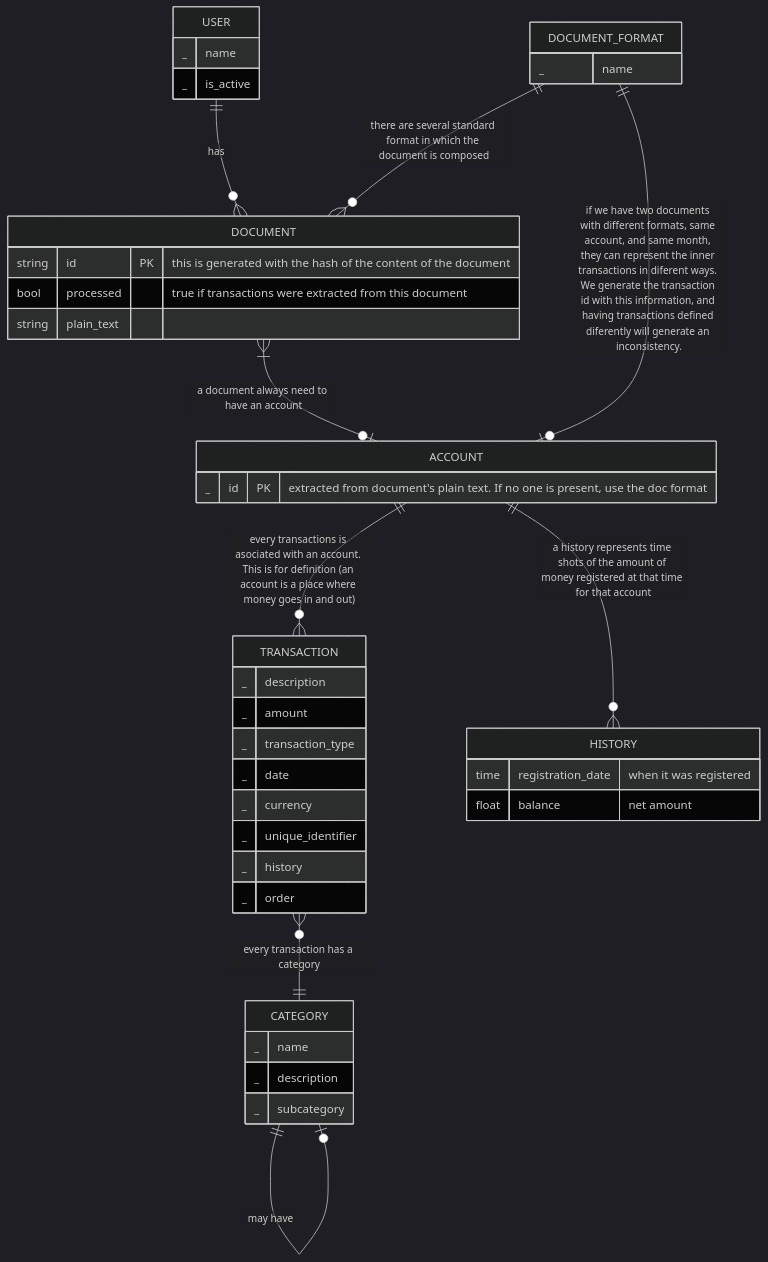
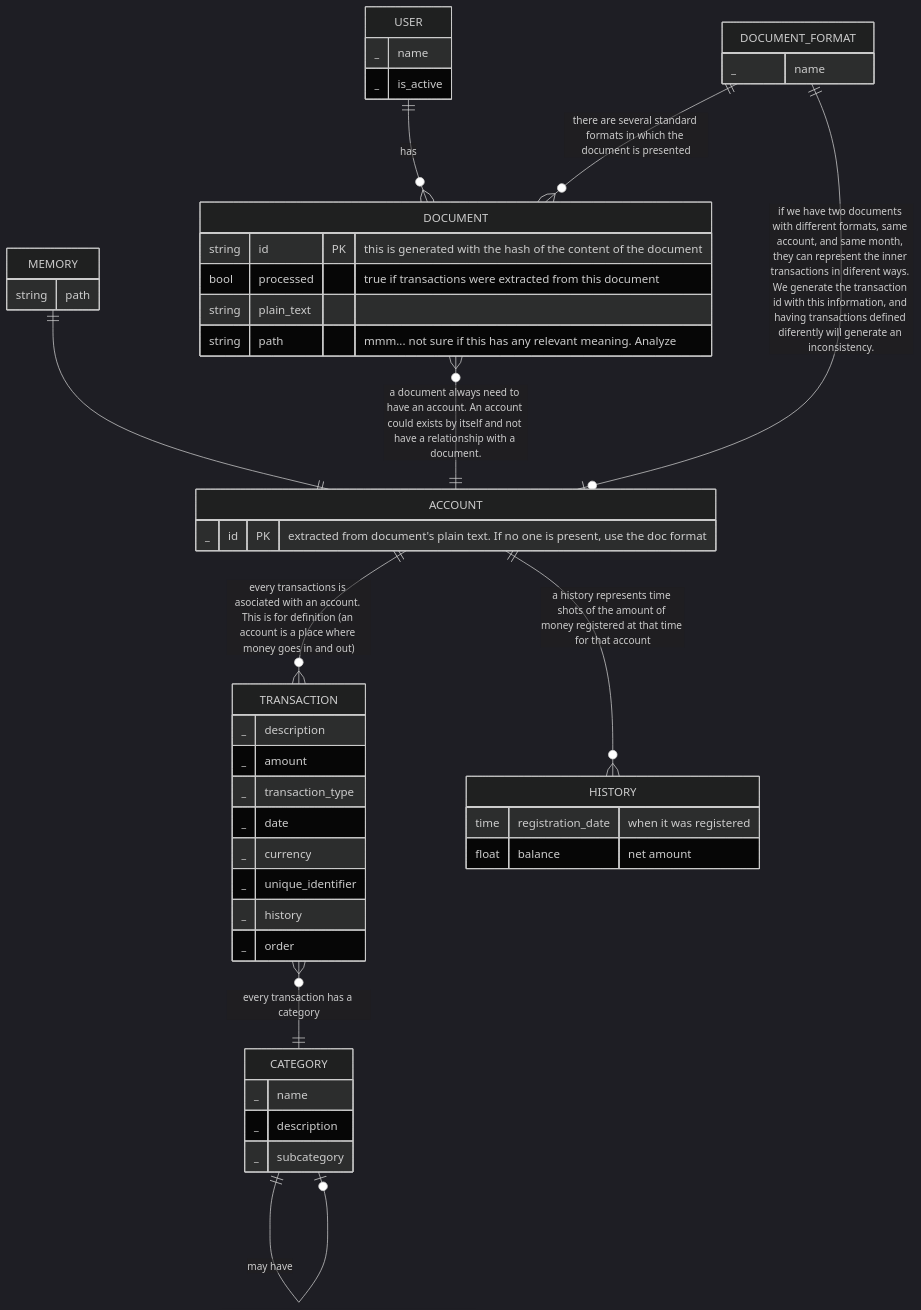
The diagram in new-service/app/README.md (josueelias9/improving-BCP-organizate), drawn with Mermaid (dark theme) before and after one commit. The commit also changed other lines of this file and 8 other files, not shown here.

````diff
--- a/new-service/app/README.md
+++ b/new-service/app/README.md
@@ -22,58 +22,63 @@
 ```mermaid
 erDiagram
 
+    MEMORY {
+        string path
+    }
 
     USER {
         _ name
         _ is_active
     }
 
     TRANSACTION {
         _ description
         _ amount
         _ transaction_type
         _ date
         _ currency
         _ unique_identifier 
         _ history
         _ order
     }
 
     HISTORY {
         time registration_date "when it was registered"
         float balance "net amount"
     }
 
     CATEGORY {
         _ name
         _ description
         _ subcategory
     }
 
     DOCUMENT_FORMAT {
         _ name
     }
 
 
     ACCOUNT {        
         _ id PK "extracted from document's plain text. If no one is present, use the doc format"
     }
 
     DOCUMENT {
         string id PK "this is generated with the hash of the content of the document"
         bool processed "true if transactions were extracted from this document"
         string plain_text
+        string path "mmm... not sure if this has any relevant meaning. Analyze"
     }
 
     %% Relaciones
     USER ||--o{ DOCUMENT : "has"
     ACCOUNT ||--o{ TRANSACTION : "every transactions is asociated with an account. This is for definition (an account is a place where money goes in and out)"
     TRANSACTION }o--|| CATEGORY : "every transaction has a category"
     CATEGORY ||--o| CATEGORY : "may have"
-    DOCUMENT_FORMAT ||--o{ DOCUMENT : "there are several standard format in which the document is composed"
+    DOCUMENT_FORMAT ||--o{ DOCUMENT : "there are several standard formats in which the document is presented"
     DOCUMENT_FORMAT ||--o| ACCOUNT : "if we have two documents with different formats, same account, and same month, they can represent the inner transactions in diferent ways. We generate the transaction id with this information, and having transactions defined diferently will generate an inconsistency."
-    DOCUMENT }|--o| ACCOUNT : "a document always need to have an account"
+    DOCUMENT }o--|| ACCOUNT : "a document always need to have an account. An account could exists by itself and not have a relationship with a document."
     ACCOUNT ||--o{ HISTORY : "a history represents time shots of the amount of money registered at that time for that account"
+    MEMORY ||--|| ACCOUNT : ""
 
     
 ```
````
